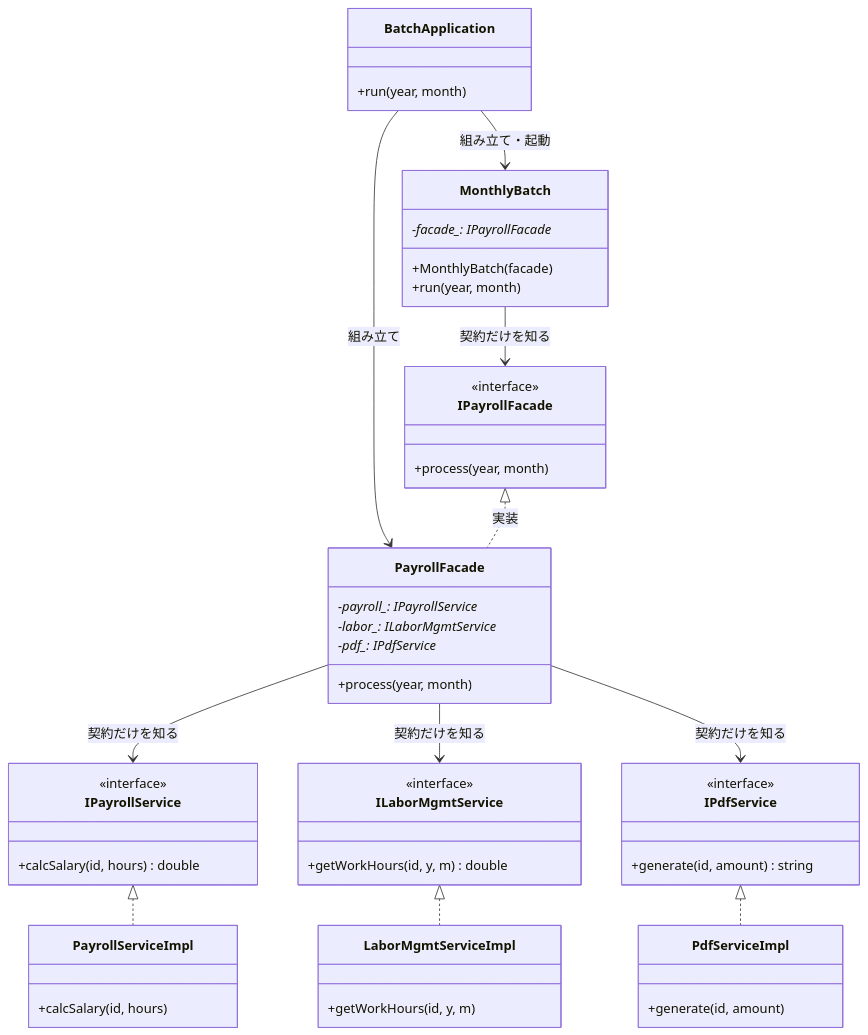
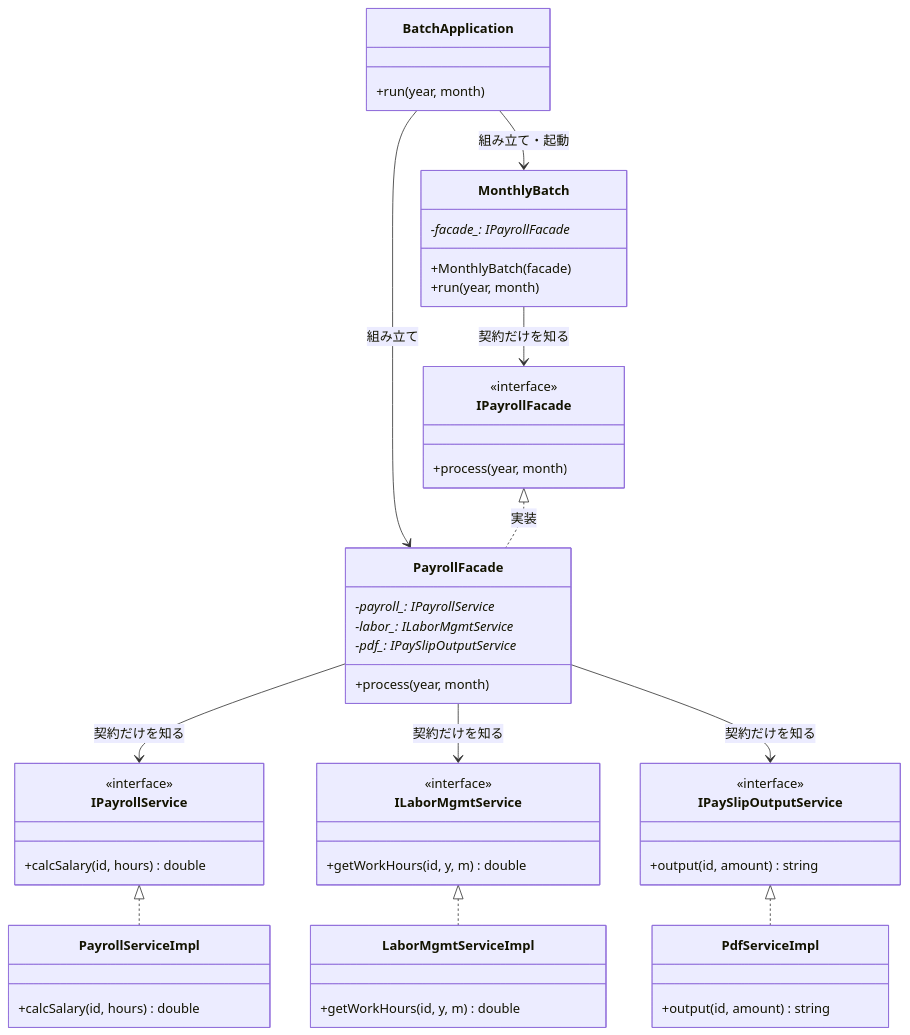
Before and after one commit to kumachan1101-pixel/DesignPattern: the fourth of 6 diagrams in files/kindle/design-patterns/output/chapter02.md, drawn with Mermaid. The commit also changed other lines of this file, not shown here.

First line of the commit message:
chapter02: 変更前クラス図・関係者ヒアリング・インターフェース命名改善

````diff
--- a/files/kindle/design-patterns/output/chapter02.md
+++ b/files/kindle/design-patterns/output/chapter02.md
@@ -665,47 +754,53 @@
 ```mermaid
 classDiagram
     class BatchApplication {
         +run(year, month)
     }
     class MonthlyBatch {
         -facade_: IPayrollFacade*
         +MonthlyBatch(facade)
         +run(year, month)
     }
     class IPayrollFacade {
         <<interface>>
         +process(year, month)
     }
     class PayrollFacade {
         -payroll_: IPayrollService*
         -labor_: ILaborMgmtService*
-        -pdf_: IPdfService*
+        -pdf_: IPaySlipOutputService*
         +process(year, month)
     }
     class IPayrollService {
         <<interface>>
         +calcSalary(id, hours) double
     }
     class ILaborMgmtService {
         <<interface>>
         +getWorkHours(id, y, m) double
     }
-    class IPdfService {
+    class IPaySlipOutputService {
         <<interface>>
-        +generate(id, amount) string
+        +output(id, amount) string
     }
-    class PayrollServiceImpl { +calcSalary(id, hours) }
-    class LaborMgmtServiceImpl { +getWorkHours(id, y, m) }
-    class PdfServiceImpl { +generate(id, amount) }
+    class PayrollServiceImpl {
+        +calcSalary(id, hours) double
+    }
+    class LaborMgmtServiceImpl {
+        +getWorkHours(id, y, m) double
+    }
+    class PdfServiceImpl {
+        +output(id, amount) string
+    }
 
-    BatchApplication  --> MonthlyBatch      : 組み立て・起動
-    BatchApplication  --> PayrollFacade     : 組み立て
-    MonthlyBatch      --> IPayrollFacade    : 契約だけを知る
-    IPayrollFacade    <|.. PayrollFacade    : 実装
-    PayrollFacade     --> IPayrollService   : 契約だけを知る
-    PayrollFacade     --> ILaborMgmtService : 契約だけを知る
-    PayrollFacade     --> IPdfService       : 契約だけを知る
+    BatchApplication  --> MonthlyBatch          : 組み立て・起動
+    BatchApplication  --> PayrollFacade          : 組み立て
+    MonthlyBatch      --> IPayrollFacade         : 契約だけを知る
+    IPayrollFacade    <|.. PayrollFacade         : 実装
+    PayrollFacade     --> IPayrollService        : 契約だけを知る
+    PayrollFacade     --> ILaborMgmtService      : 契約だけを知る
+    PayrollFacade     --> IPaySlipOutputService  : 契約だけを知る
     IPayrollService   <|.. PayrollServiceImpl
     ILaborMgmtService <|.. LaborMgmtServiceImpl
-    IPdfService       <|.. PdfServiceImpl
+    IPaySlipOutputService <|.. PdfServiceImpl
 ```
````
